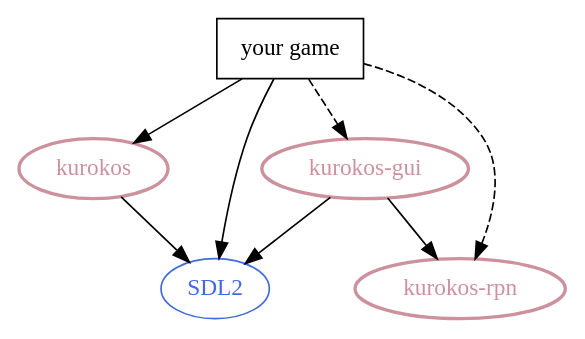
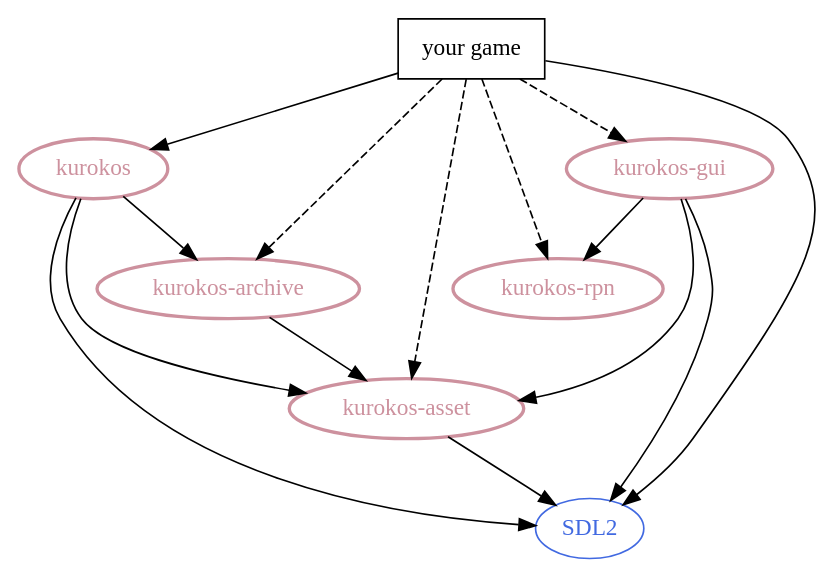
Before and after one commit to masatoko/kurokos: the diagram in doc/depend.gv, drawn with Graphviz. The commit also changed 1 other file, not shown here.

Commit message:
Update dependecies figure

```diff
--- a/doc/depend.gv
+++ b/doc/depend.gv
@@ -1,20 +1,29 @@
 digraph {
   node [
     fontname = "Ubuntu",
   ]
 
   kurokos       [style = bold, color = pink3, fontcolor = pink3]
   "kurokos-gui" [style = bold, color = pink3, fontcolor = pink3]
   "kurokos-rpn" [style = bold, color = pink3, fontcolor = pink3]
+  "kurokos-asset" [style = bold, color = pink3, fontcolor = pink3]
+  "kurokos-archive" [style = bold, color = pink3, fontcolor = pink3]
   "your game"   [shape = box, color = black]
   SDL2          [color = royalblue, fontcolor = royalblue]
 
   "your game" -> kurokos
   "your game" -> "kurokos-gui" [style = dashed]
+  "your game" -> "kurokos-rpn" [style = dashed]
+  "your game" -> "kurokos-asset" [style = dashed]
+  "your game" -> "kurokos-archive" [style = dashed]
   "your game" -> SDL2
-  "your game" -> "kurokos-rpn" [style = dashed]
 
   kurokos -> SDL2
+  kurokos -> "kurokos-asset"
+  kurokos -> "kurokos-archive"
+  "kurokos-asset" -> SDL2
+  "kurokos-archive" -> "kurokos-asset"
   "kurokos-gui" -> "kurokos-rpn"
+  "kurokos-gui" -> "kurokos-asset"
   "kurokos-gui" -> SDL2
 }
```
